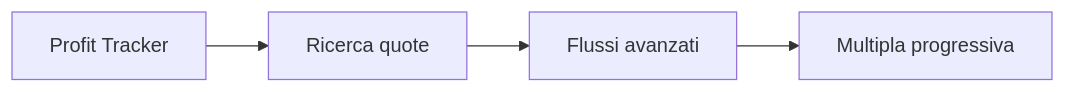
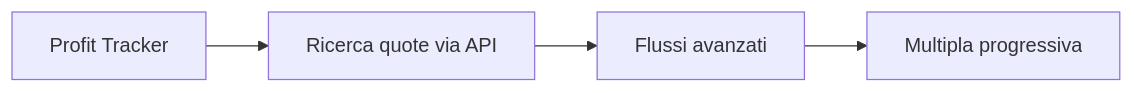
The diagram in README.md (PalmasMich/profit-tracker-product-case-study), drawn with Mermaid before and after one commit. The commit also changed other lines of this file, not shown here.

````diff
--- a/README.md
+++ b/README.md
@@ -51,6 +51,6 @@
 ```mermaid
 flowchart LR
-    A["Profit Tracker"] --> B["Ricerca quote"]
+    A["Profit Tracker"] --> B["Ricerca quote via API"]
     B --> C["Flussi avanzati"]
     C --> D["Multipla progressiva"]
 ```
````
